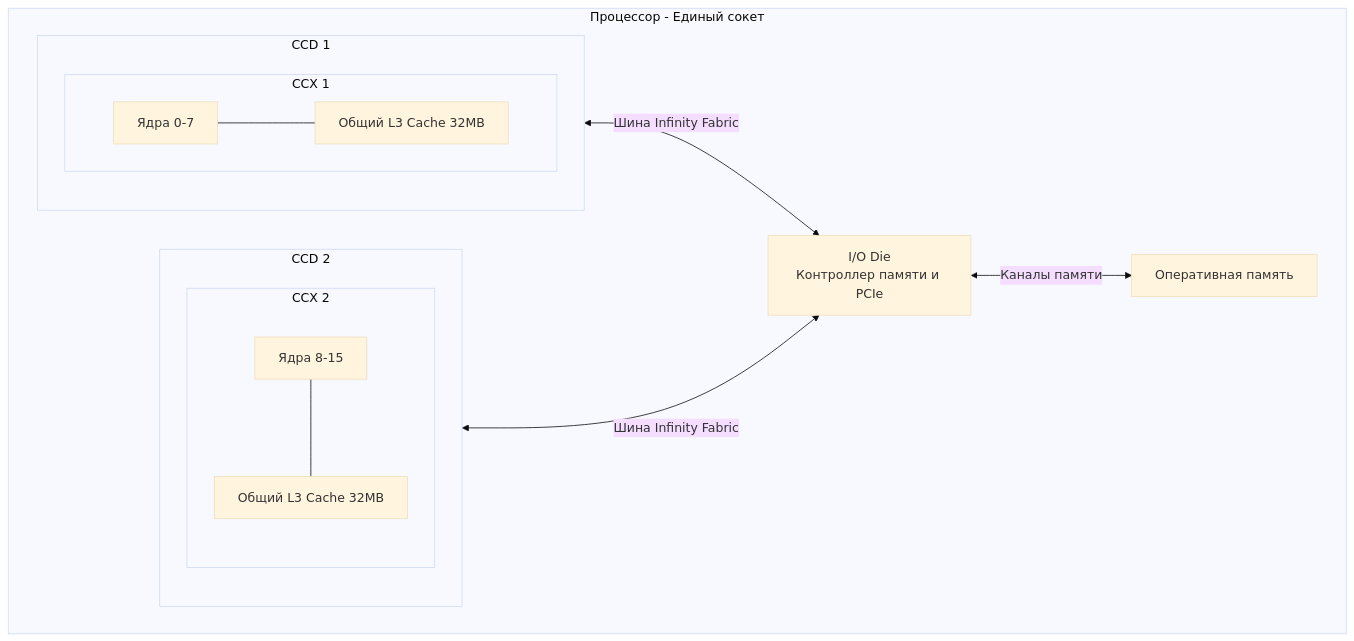
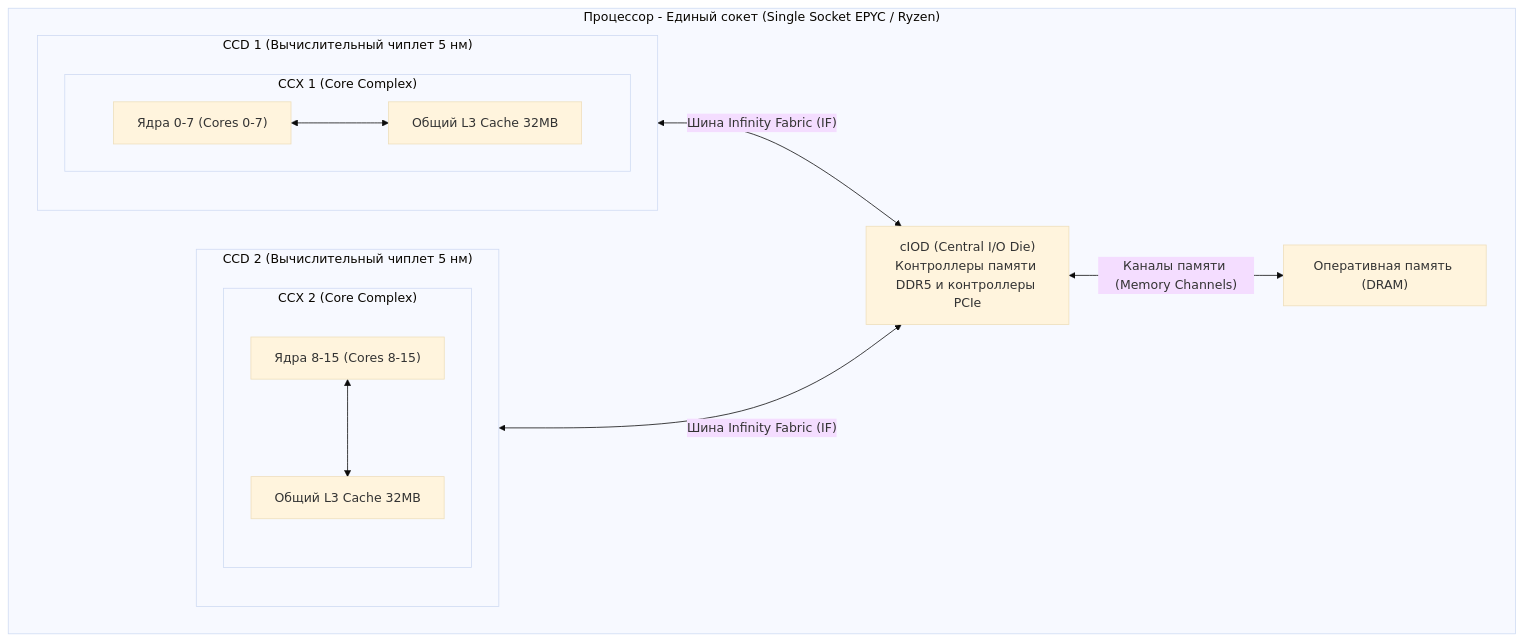
Before and after one commit to UnrealTemplier/go-textbook: the diagram in sources/1. Архитектура компьютера/33. Архитектура современных CPU. Chiplet, CCX, CCD, Ring Bus, Mesh.md, drawn with Mermaid (base theme). The commit also changed other lines of this file, not shown here.

Commit message:
feat(module-01): editorial rewrite of Article 33 (Chiplets, CCX, CCD, Ring Bus, Mesh) in Kernighan style

````diff
--- a/sources/1. Архитектура компьютера/33. Архитектура современных CPU. Chiplet, CCX, CCD, Ring Bus, Mesh.md
+++ b/sources/1. Архитектура компьютера/33. Архитектура современных CPU. Chiplet, CCX, CCD, Ring Bus, Mesh.md
@@ -22,26 +27,26 @@
 ```mermaid
 flowchart TD
-    subgraph CPU ["Процессор - Единый сокет"]
-        subgraph CCD1 ["CCD 1"]
-            subgraph CCX1 ["CCX 1"]
-                C1["Ядра 0-7"]
+    subgraph CPU ["Процессор - Единый сокет (Single Socket EPYC / Ryzen)"]
+        subgraph CCD1 ["CCD 1 (Вычислительный чиплет 5 нм)"]
+            subgraph CCX1 ["CCX 1 (Core Complex)"]
+                C1["Ядра 0-7 (Cores 0-7)"]
                 L3_1["Общий L3 Cache 32MB"]
-                C1 --- L3_1
+                C1 <--> L3_1
             end
         end
         
-        subgraph CCD2 ["CCD 2"]
-            subgraph CCX2 ["CCX 2"]
-                C2["Ядра 8-15"]
+        subgraph CCD2 ["CCD 2 (Вычислительный чиплет 5 нм)"]
+            subgraph CCX2 ["CCX 2 (Core Complex)"]
+                C2["Ядра 8-15 (Cores 8-15)"]
                 L3_2["Общий L3 Cache 32MB"]
-                C2 --- L3_2
+                C2 <--> L3_2
             end
         end
         
-        IOD["I/O Die<br>Контроллер памяти и PCIe"]
+        IOD["cIOD (Central I/O Die)<br>Контроллеры памяти DDR5 и контроллеры PCIe"]
         
-        CCD1 <-->|"Шина Infinity Fabric"| IOD
-        CCD2 <-->|"Шина Infinity Fabric"| IOD
-        IOD <-->|"Каналы памяти"| RAM["Оперативная память"]
+        CCD1 <-->|"Шина Infinity Fabric (IF)"| IOD
+        CCD2 <-->|"Шина Infinity Fabric (IF)"| IOD
+        IOD <-->|"Каналы памяти (Memory Channels)"| RAM["Оперативная память (DRAM)"]
     end
 ```
````
